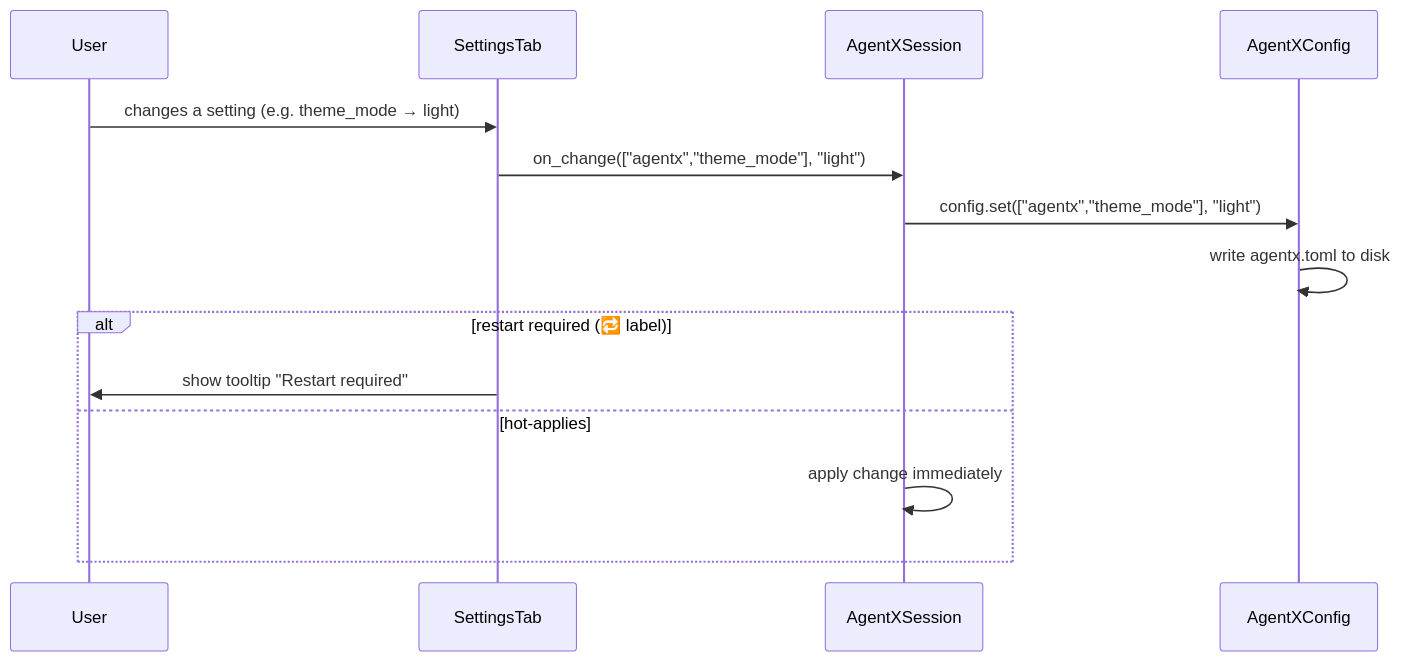
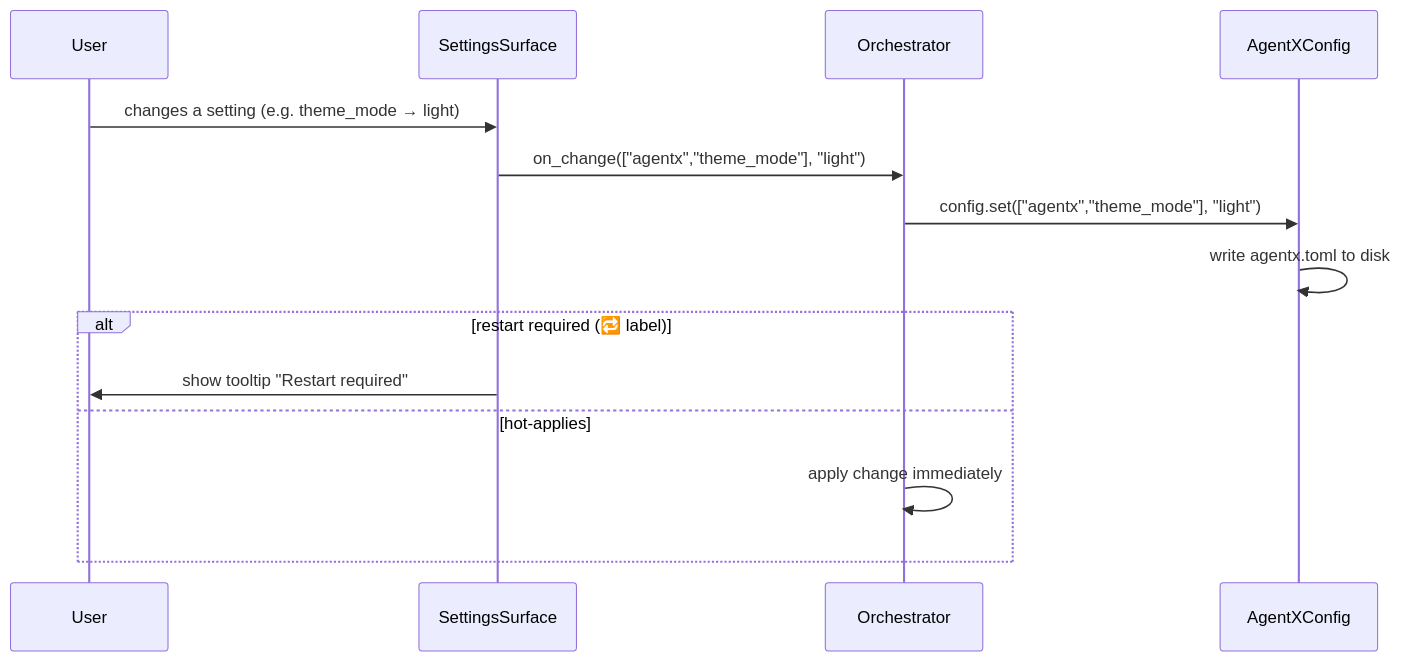
The seventh of 14 diagrams in docs/ux/02_USER_FLOWS.md (matthewapeters/agentX), drawn with Mermaid before and after one commit. The commit also changed other lines of this file and 336 other files, not shown here.

````diff
--- a/docs/ux/02_USER_FLOWS.md
+++ b/docs/ux/02_USER_FLOWS.md
@@ -222,17 +228,17 @@
 ```mermaid
 sequenceDiagram
     participant User
-    participant Settings as SettingsTab
-    participant Session as AgentXSession
+    participant Settings as SettingsSurface
+    participant Session as Orchestrator
     participant Config as AgentXConfig
 
     User->>Settings: changes a setting (e.g. theme_mode → light)
     Settings->>Session: on_change(["agentx","theme_mode"], "light")
     Session->>Config: config.set(["agentx","theme_mode"], "light")
     Config->>Config: write agentx.toml to disk
     alt restart required (🔁 label)
         Settings->>User: show tooltip "Restart required"
     else hot-applies
         Session->>Session: apply change immediately
     end
 ```
````
